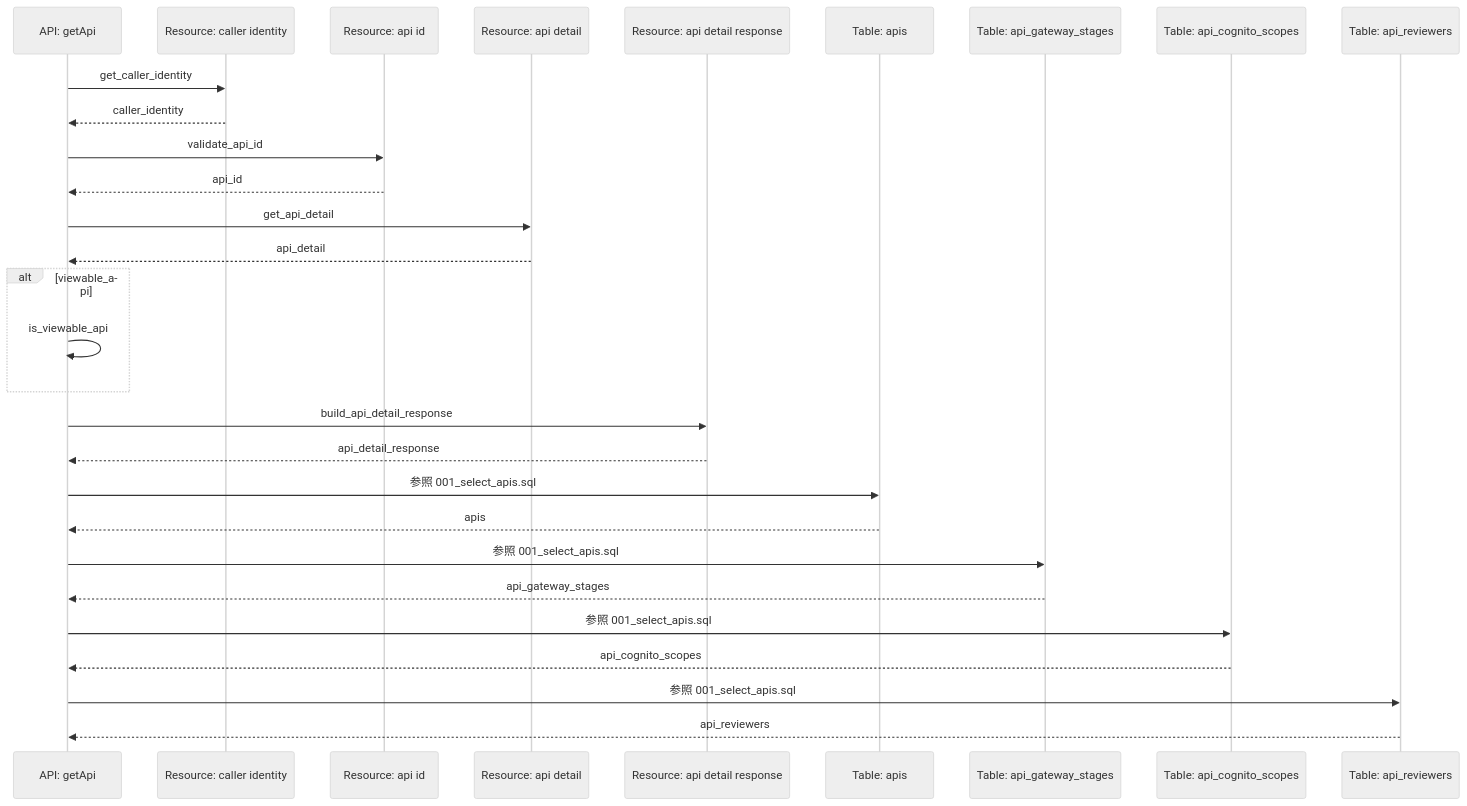
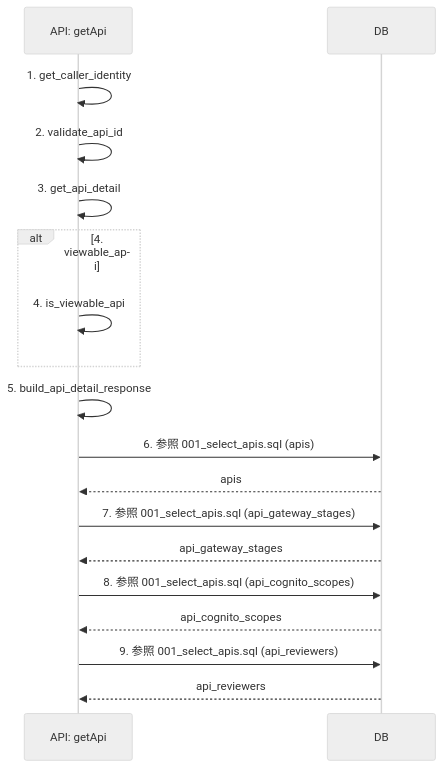
The diagram in docs/spec/40.apis/apis/get_api/sequence_gen.md (tsuji-tomonori/lazunex), drawn with Mermaid (neutral theme) before and after one commit. The commit also changed 14 other files, not shown here.

First line of the commit message:
♻️ refactor(api): sequence participantをintegration境界へ整理

````diff
--- a/docs/spec/40.apis/apis/get_api/sequence_gen.md
+++ b/docs/spec/40.apis/apis/get_api/sequence_gen.md
@@ -5,31 +5,20 @@
 ```mermaid
 sequenceDiagram
   participant API as API: getApi
-  participant R_caller_identity as Resource: caller identity
-  participant R_api_id as Resource: api id
-  participant R_api_detail as Resource: api detail
-  participant R_api_detail_response as Resource: api detail response
-  participant T_apis as Table: apis
-  participant T_api_gateway_stages as Table: api_gateway_stages
-  participant T_api_cognito_scopes as Table: api_cognito_scopes
-  participant T_api_reviewers as Table: api_reviewers
-  API->>R_caller_identity: get_caller_identity
-  R_caller_identity-->>API: caller_identity
-  API->>R_api_id: validate_api_id
-  R_api_id-->>API: api_id
-  API->>R_api_detail: get_api_detail
-  R_api_detail-->>API: api_detail
-  alt viewable_api
-    API->>API: is_viewable_api
+  participant DB as DB
+  API->>API: 1. get_caller_identity
+  API->>API: 2. validate_api_id
+  API->>API: 3. get_api_detail
+  alt 4. viewable_api
+    API->>API: 4. is_viewable_api
   end
-  API->>R_api_detail_response: build_api_detail_response
-  R_api_detail_response-->>API: api_detail_response
-  API->>T_apis: 参照 001_select_apis.sql
-  T_apis-->>API: apis
-  API->>T_api_gateway_stages: 参照 001_select_apis.sql
-  T_api_gateway_stages-->>API: api_gateway_stages
-  API->>T_api_cognito_scopes: 参照 001_select_apis.sql
-  T_api_cognito_scopes-->>API: api_cognito_scopes
-  API->>T_api_reviewers: 参照 001_select_apis.sql
-  T_api_reviewers-->>API: api_reviewers
+  API->>API: 5. build_api_detail_response
+  API->>DB: 6. 参照 001_select_apis.sql (apis)
+  DB-->>API: apis
+  API->>DB: 7. 参照 001_select_apis.sql (api_gateway_stages)
+  DB-->>API: api_gateway_stages
+  API->>DB: 8. 参照 001_select_apis.sql (api_cognito_scopes)
+  DB-->>API: api_cognito_scopes
+  API->>DB: 9. 参照 001_select_apis.sql (api_reviewers)
+  DB-->>API: api_reviewers
 ```
````
